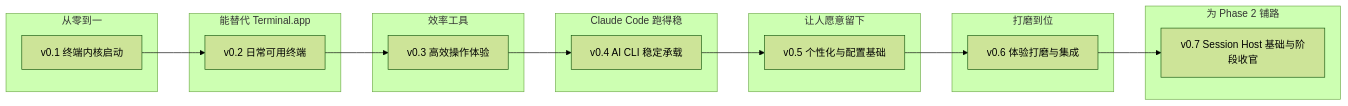
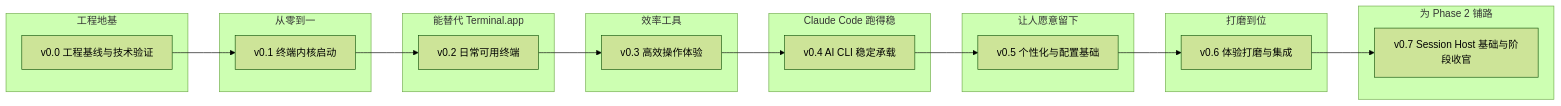
Before and after one commit to KyleYang2002/Hi-Terms: the second of 3 diagrams in docs/reqs/hi-terms-roadmap.md, drawn with Mermaid (forest theme). The commit also changed other lines of this file and 4 other files, not shown here.

````diff
--- a/docs/reqs/hi-terms-roadmap.md
+++ b/docs/reqs/hi-terms-roadmap.md
@@ -65,25 +68,28 @@
 ```mermaid
 graph LR
+    subgraph "工程地基"
+        V0["v0.0 工程基线与技术验证"]
+    end
     subgraph "从零到一"
         V1["v0.1 终端内核启动"]
     end
     subgraph "能替代 Terminal.app"
         V2["v0.2 日常可用终端"]
     end
     subgraph "效率工具"
         V3["v0.3 高效操作体验"]
     end
     subgraph "Claude Code 跑得稳"
         V4["v0.4 AI CLI 稳定承载"]
     end
     subgraph "让人愿意留下"
         V5["v0.5 个性化与配置基础"]
     end
     subgraph "打磨到位"
         V6["v0.6 体验打磨与集成"]
     end
     subgraph "为 Phase 2 铺路"
         V7["v0.7 Session Host 基础与阶段收官"]
     end
-    V1 --> V2 --> V3 --> V4 --> V5 --> V6 --> V7
+    V0 --> V1 --> V2 --> V3 --> V4 --> V5 --> V6 --> V7
 ```
````
